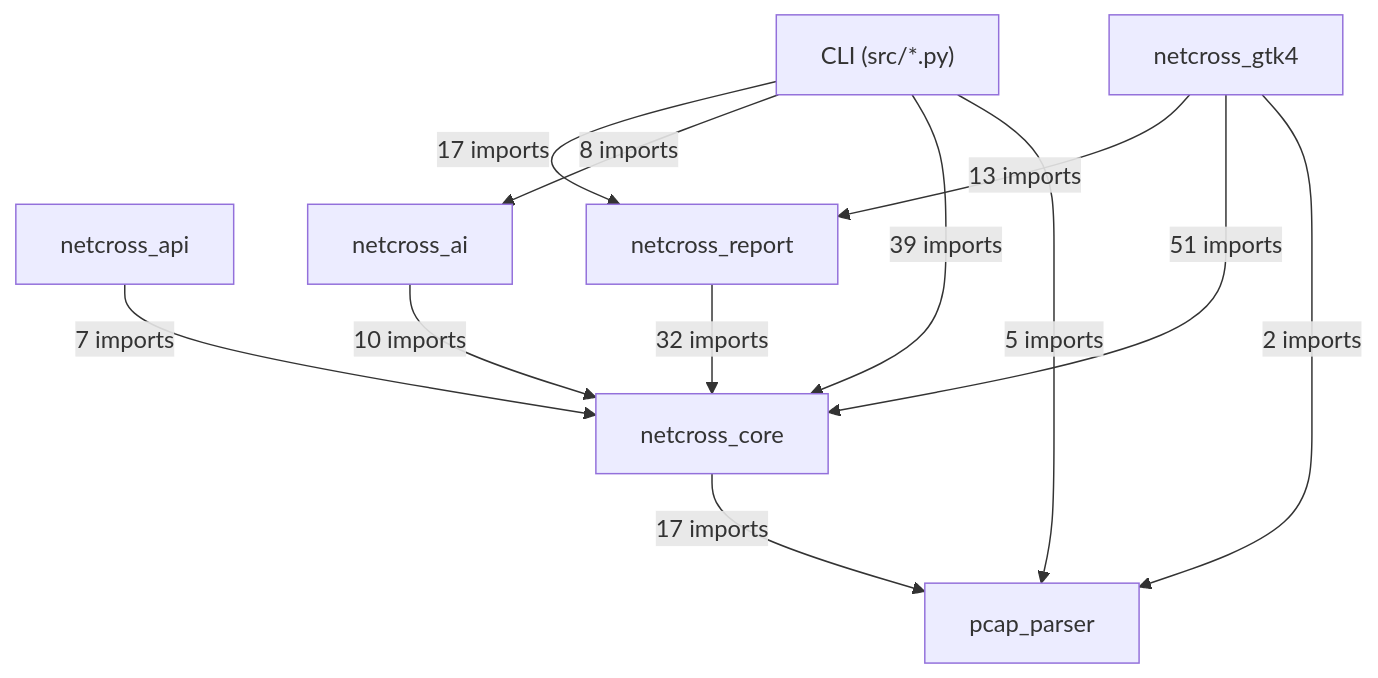
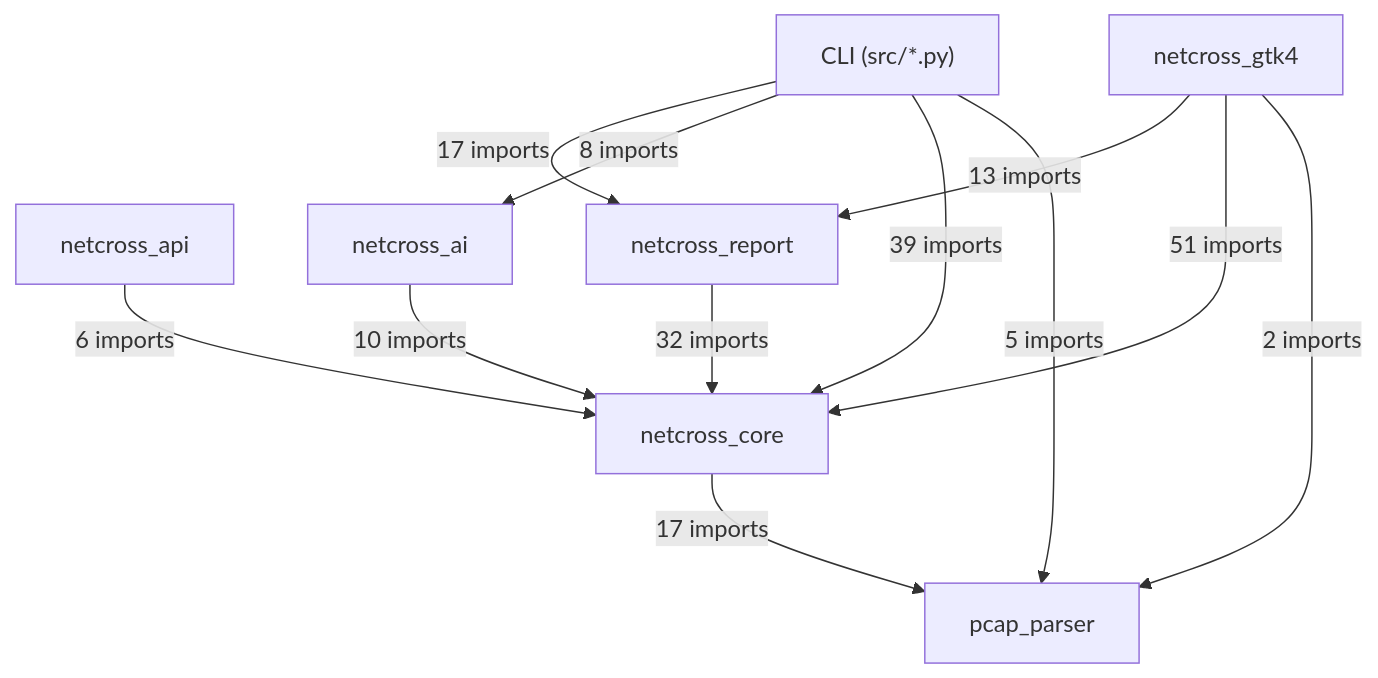
The first of 19 diagrams in docs/class-diagram.md (MathildeDec/Netcross), drawn with Mermaid before and after one commit. The commit also changed other lines of this file and 8 other files, not shown here.

````diff
--- a/docs/class-diagram.md
+++ b/docs/class-diagram.md
@@ -26,21 +26,21 @@
 ```mermaid
 flowchart TD
     CLI["CLI (src/*.py)"]
     netcross_gtk4["netcross_gtk4"]
     netcross_api["netcross_api"]
     netcross_report["netcross_report"]
     netcross_ai["netcross_ai"]
     netcross_core["netcross_core"]
     pcap_parser["pcap_parser"]
     CLI -->|"17 imports"| netcross_report
     CLI -->|"8 imports"| netcross_ai
     CLI -->|"39 imports"| netcross_core
     CLI -->|"5 imports"| pcap_parser
     netcross_gtk4 -->|"13 imports"| netcross_report
     netcross_gtk4 -->|"51 imports"| netcross_core
     netcross_gtk4 -->|"2 imports"| pcap_parser
-    netcross_api -->|"7 imports"| netcross_core
+    netcross_api -->|"6 imports"| netcross_core
     netcross_report -->|"32 imports"| netcross_core
     netcross_ai -->|"10 imports"| netcross_core
     netcross_core -->|"17 imports"| pcap_parser
 ```
````
